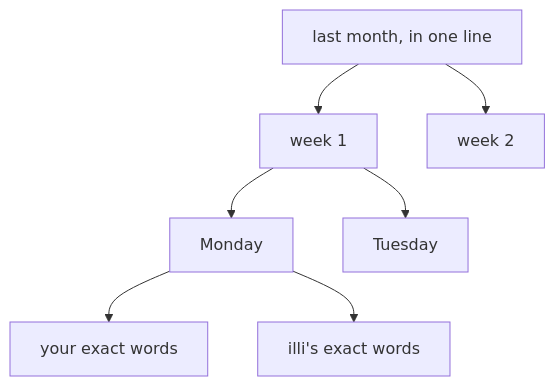
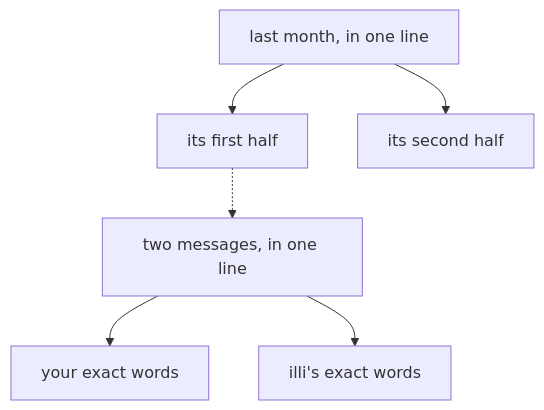
The diagram in README.md (4our4ace/illimitable-chat), drawn with Mermaid before and after one commit. The commit also changed other lines of this file, not shown here.

````diff
--- a/README.md
+++ b/README.md
@@ -45,6 +45,6 @@
 ```mermaid
 flowchart TD
-  T["last month, in one line"] --> W1["week 1"] & W2["week 2"]
-  W1 --> D1["Monday"] & D2["Tuesday"]
-  D1 --> M1["your exact words"] & M2["illi's exact words"]
+  T["last month, in one line"] --> H1["its first half"] & H2["its second half"]
+  H1 -.-> P["two messages, in one line"]
+  P --> M1["your exact words"] & M2["illi's exact words"]
 ```
````
